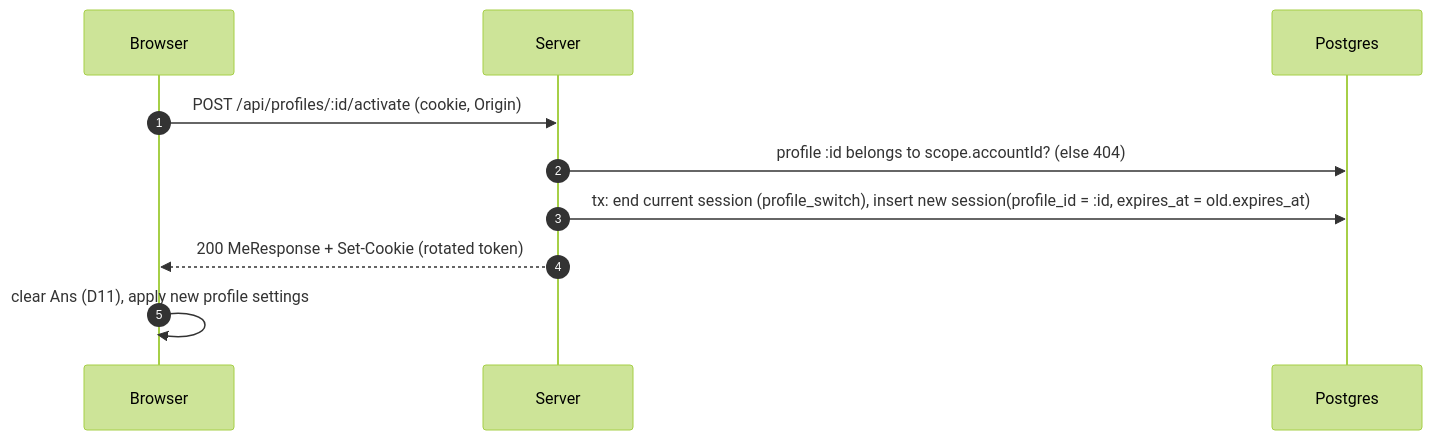
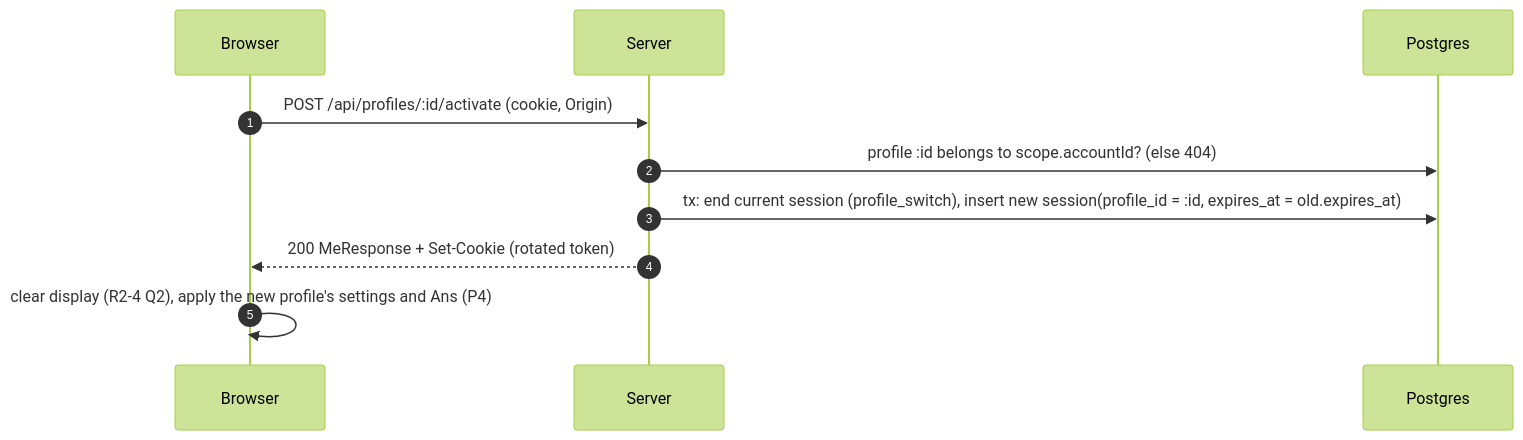
One commit to chjort/calculator-web changed the fourth of 5 diagrams in docs/architecture/R2.md. Above: the diagram before and after it, drawn with Mermaid (forest theme). The commit also changed other lines of this file and 4 other files, not shown here.

Commit message:
docs: align R2 architecture with approved R2 UX specs (#3, #4) (#24)

````diff
--- a/docs/architecture/R2.md
+++ b/docs/architecture/R2.md
@@ -78,12 +78,12 @@
 ```mermaid
 sequenceDiagram
   autonumber
   participant B as Browser
   participant S as Server
   participant D as Postgres
   B->>S: POST /api/profiles/:id/activate (cookie, Origin)
   S->>D: profile :id belongs to scope.accountId? (else 404)
   S->>D: tx: end current session (profile_switch), insert new session(profile_id = :id, expires_at = old.expires_at)
   S-->>B: 200 MeResponse + Set-Cookie (rotated token)
-  B->>B: clear Ans (D11), apply new profile settings
+  B->>B: clear display (R2-4 Q2), apply the new profile's settings and Ans (P4)
 ```
````
